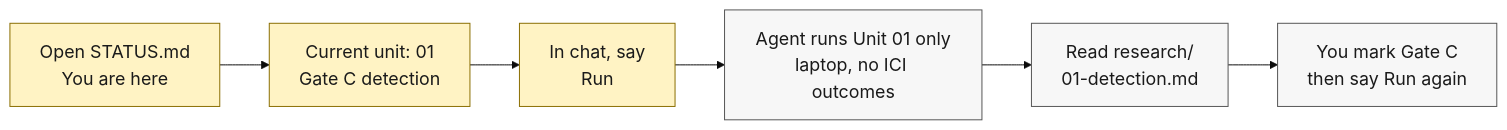
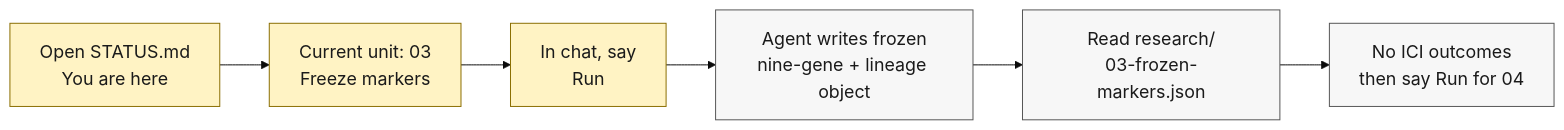
The diagram in docs/diagrams/what-to-run.mmd (cauld/scendo), drawn with Mermaid before and after one commit. The commit also changed 11 other files, not shown here.

Commit message:
Record Gate C pass and Unit 02 scRNA ECS-state candidates.

```diff
--- a/docs/diagrams/what-to-run.mmd
+++ b/docs/diagrams/what-to-run.mmd
@@ -1,12 +1,12 @@
 %%{init: {"theme": "base", "themeVariables": {"fontSize": "18px", "fontFamily": "Helvetica, Arial, sans-serif"}} }%%
 flowchart LR
-  A["Open STATUS.md<br/>You are here"] --> B["Current unit: 01<br/>Gate C detection"]
+  A["Open STATUS.md<br/>You are here"] --> B["Current unit: 03<br/>Freeze markers"]
   B --> C["In chat, say<br/>Run"]
-  C --> D["Agent runs Unit 01 only<br/>laptop, no ICI outcomes"]
-  D --> E["Read research/<br/>01-detection.md"]
-  E --> F["You mark Gate C<br/>then say Run again"]
+  C --> D["Agent writes frozen<br/>nine-gene + lineage object"]
+  D --> E["Read research/<br/>03-frozen-markers.json"]
+  E --> F["No ICI outcomes<br/>then say Run for 04"]
 
   classDef now fill:#FFF3C4,stroke:#8A6D00,color:#1A1A1A
   classDef step fill:#F7F7F7,stroke:#555555,color:#1A1A1A
   class A,B,C now
   class D,E,F step
```
